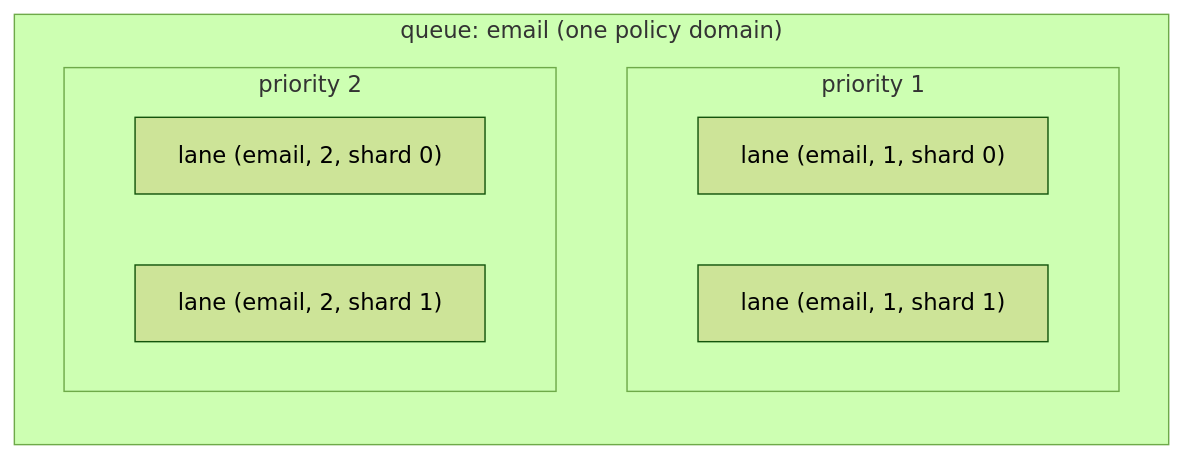
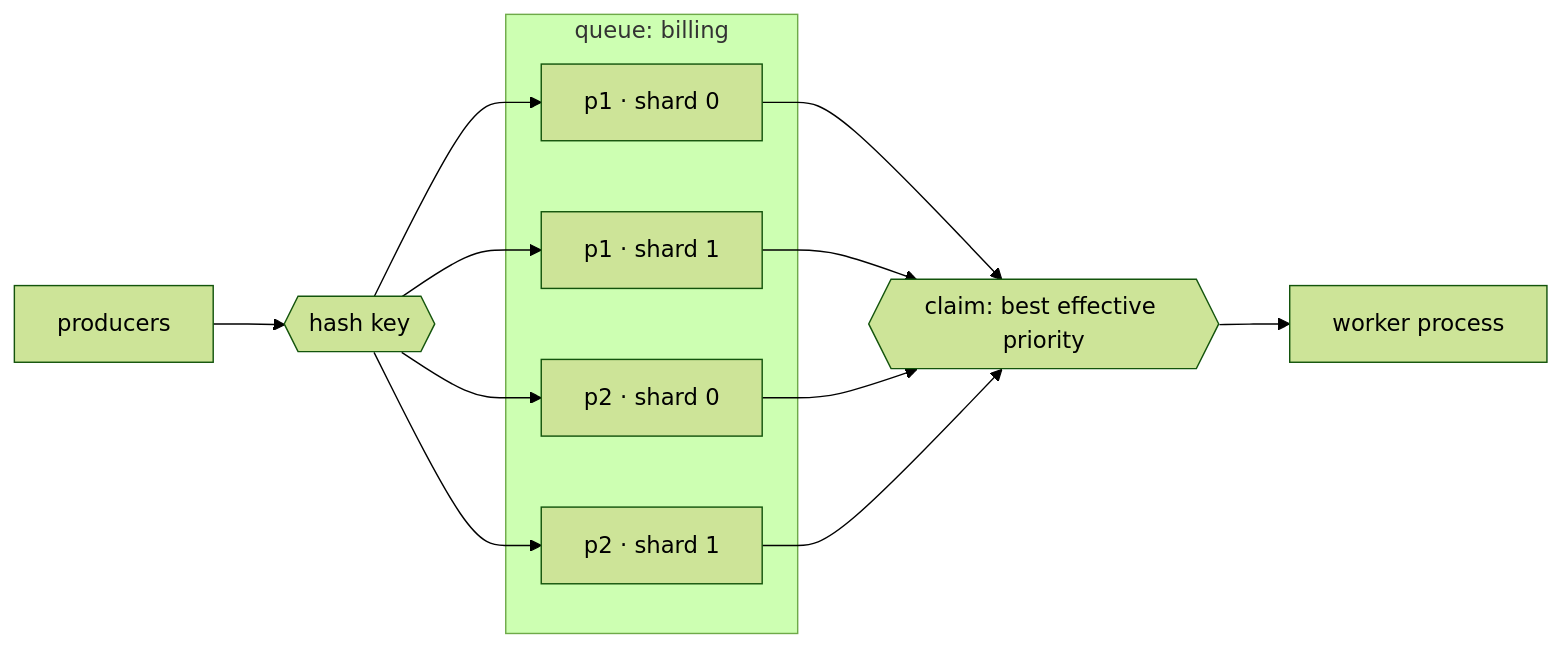
One commit to hardbyte/awa changed the fifth of 6 diagrams in docs/concepts/queues-lanes-and-splitting-work.md. Above: the diagram before and after it, drawn with Mermaid (forest theme). The commit also changed other lines of this file and 3 other files, not shown here.

````diff
--- a/docs/concepts/queues-lanes-and-splitting-work.md
+++ b/docs/concepts/queues-lanes-and-splitting-work.md
@@ -26,14 +142,19 @@
 ```mermaid
 flowchart LR
-    subgraph Q["queue: email (one policy domain)"]
-        direction TB
-        subgraph P1["priority 1"]
-            L10["lane (email, 1, shard 0)"]
-            L11["lane (email, 1, shard 1)"]
-        end
-        subgraph P2["priority 2"]
-            L20["lane (email, 2, shard 0)"]
-            L21["lane (email, 2, shard 1)"]
-        end
+    P[producers] --> H{{"hash key"}}
+    subgraph Q["queue: billing"]
+        L10["p1 · shard 0"]
+        L11["p1 · shard 1"]
+        L20["p2 · shard 0"]
+        L21["p2 · shard 1"]
     end
+    H --> L10
+    H --> L11
+    H --> L20
+    H --> L21
+    L10 --> C{{"claim: best effective priority"}}
+    L11 --> C
+    L20 --> C
+    L21 --> C
+    C --> W[worker process]
 ```
````
